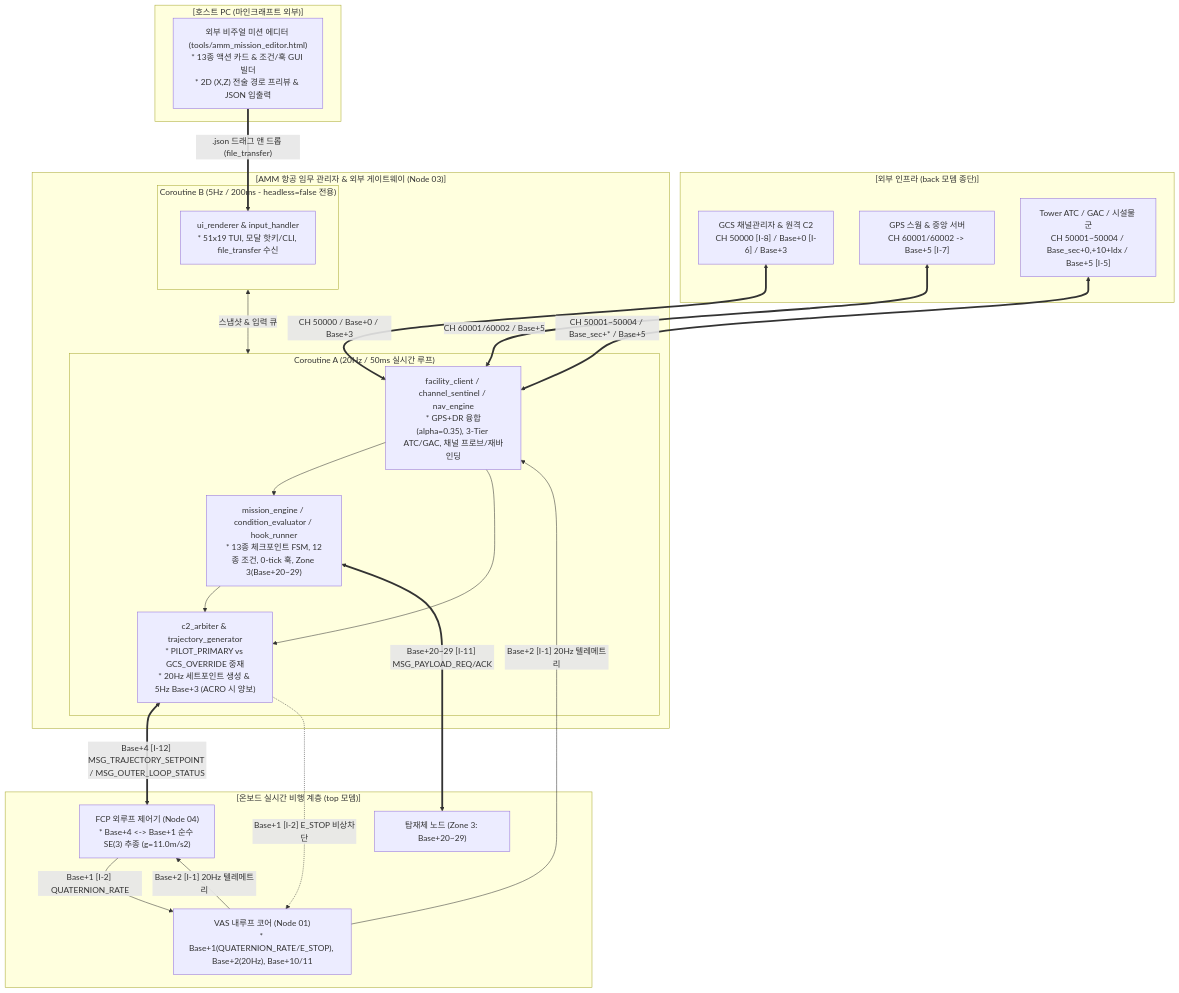
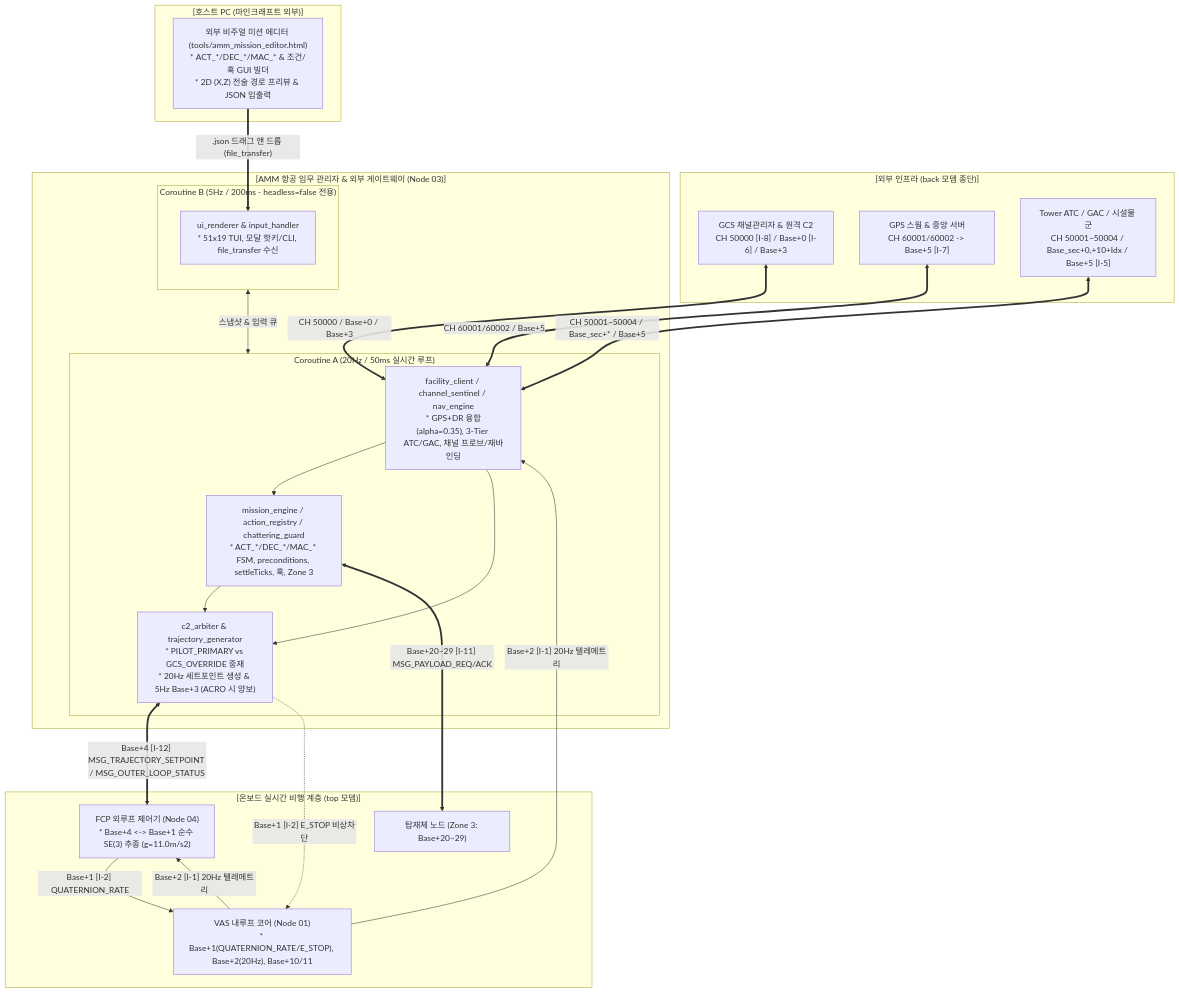
Before and after one commit to Polimachi/Aeroneutics_Autopilot: the first of 2 diagrams in docs/specs/3_planning/amm/AMM_PROGRAM_SPECIFICATION.md, drawn with Mermaid. The commit also changed other lines of this file and 40 other files, not shown here.

Commit message:
feat(amm): implement v2.0.0 action primitives, chattering guard, and sync context docs (TASK-204)

````diff
--- a/docs/specs/3_planning/amm/AMM_PROGRAM_SPECIFICATION.md
+++ b/docs/specs/3_planning/amm/AMM_PROGRAM_SPECIFICATION.md
@@ -63,44 +65,44 @@
 ```mermaid
 flowchart TD
     subgraph HOST_PC["[호스트 PC (마인크래프트 외부)]"]
-        EXT_EDIT["외부 비주얼 미션 에디터 (tools/amm_mission_editor.html)<br/>* 13종 액션 카드 & 조건/훅 GUI 빌더<br/>* 2D (X,Z) 전술 경로 프리뷰 & JSON 입출력"]
+        EXT_EDIT["외부 비주얼 미션 에디터 (tools/amm_mission_editor.html)<br/>* ACT_*/DEC_*/MAC_* & 조건/훅 GUI 빌더<br/>* 2D (X,Z) 전술 경로 프리뷰 & JSON 입출력"]
     end
 
     subgraph EXTERNAL_INFRA["[외부 인프라 (back 모뎀 종단)]"]
         GCS["GCS 채널관리자 & 원격 C2<br/>CH 50000 [I-8] / Base+0 [I-6] / Base+3"]
         GPS["GPS 스웜 & 중앙 서버<br/>CH 60001/60002 -> Base+5 [I-7]"]
         ATC_GAC["Tower ATC / GAC / 시설물 군<br/>CH 50001~50004 / Base_sec+0,+10+Idx / Base+5 [I-5]"]
     end
 
     subgraph AMM_NODE["[AMM 항공 임무 관리자 & 외부 게이트웨이 (Node 03)]"]
         subgraph CORO_A["Coroutine A (20Hz / 50ms 실시간 루프)"]
             AMM_GW["facility_client / channel_sentinel / nav_engine<br/>* GPS+DR 융합(alpha=0.35), 3-Tier ATC/GAC, 채널 프로브/재바인딩"]
-            AMM_CORE["mission_engine / condition_evaluator / hook_runner<br/>* 13종 체크포인트 FSM, 12종 조건, 0-tick 훅, Zone 3(Base+20~29)"]
+            AMM_CORE["mission_engine / action_registry / chattering_guard<br/>* ACT_*/DEC_*/MAC_* FSM, preconditions, settleTicks, 훅, Zone 3"]
             AMM_TRAJ["c2_arbiter & trajectory_generator<br/>* PILOT_PRIMARY vs GCS_OVERRIDE 중재<br/>* 20Hz 세트포인트 생성 & 5Hz Base+3 (ACRO 시 양보)"]
             AMM_GW --> AMM_CORE
             AMM_CORE --> AMM_TRAJ
             AMM_GW --> AMM_TRAJ
         end
         subgraph CORO_B["Coroutine B (5Hz / 200ms - headless=false 전용)"]
             AMM_UI["ui_renderer & input_handler<br/>* 51x19 TUI, 모달 핫키/CLI, file_transfer 수신"]
         end
         CORO_B <-->|"스냅샷 & 입력 큐"| CORO_A
     end
 
     subgraph ONBOARD_BUS["[온보드 실시간 비행 계층 (top 모뎀)]"]
         FCP["FCP 외루프 제어기 (Node 04)<br/>* Base+4 <-> Base+1 순수 SE(3) 추종 (g=11.0m/s2)"]
         VAS["VAS 내루프 코어 (Node 01)<br/>* Base+1(QUATERNION_RATE/E_STOP), Base+2(20Hz), Base+10/11"]
         PAYLOAD["탑재체 노드 (Zone 3: Base+20~29)"]
         FCP -->|"Base+1 [I-2] QUATERNION_RATE"| VAS
         VAS -->|"Base+2 [I-1] 20Hz 텔레메트리"| FCP
     end
 
     EXT_EDIT ==>|".json 드래그 앤 드롭 (file_transfer)"| AMM_UI
     GCS <==>|"CH 50000 / Base+0 / Base+3"| AMM_GW
     GPS <==>|"CH 60001/60002 / Base+5"| AMM_GW
     ATC_GAC <==>|"CH 50001~50004 / Base_sec+* / Base+5"| AMM_GW
     AMM_TRAJ <==>|"Base+4 [I-12] MSG_TRAJECTORY_SETPOINT / MSG_OUTER_LOOP_STATUS"| FCP
     VAS -->|"Base+2 [I-1] 20Hz 텔레메트리"| AMM_GW
     AMM_TRAJ -.->|"Base+1 [I-2] E_STOP 비상차단"| VAS
     AMM_CORE <==>|"Base+20~29 [I-11] MSG_PAYLOAD_REQ/ACK"| PAYLOAD
 ```
````
